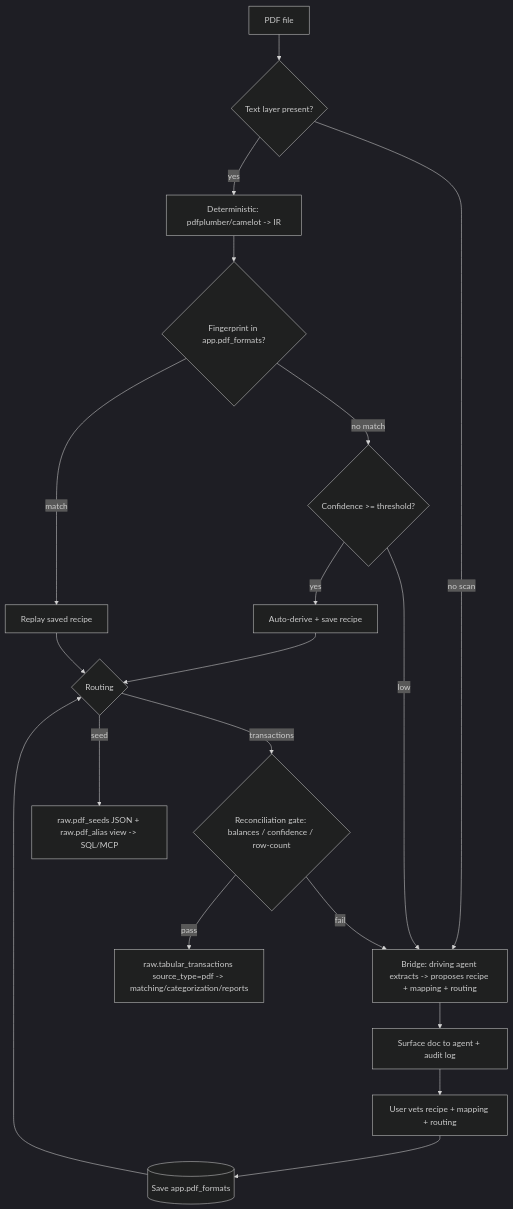
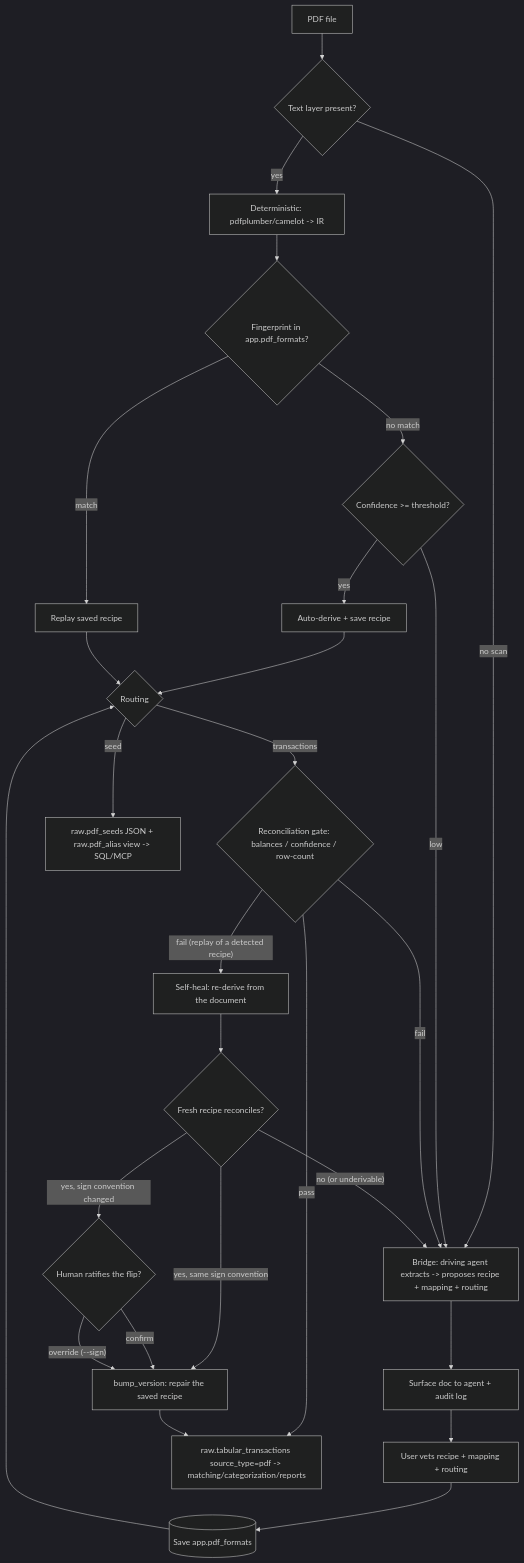
Before and after one commit to bsaffel/moneybin: the diagram in docs/specs/smart-import-pdf.md, drawn with Mermaid (dark theme). The commit also changed other lines of this file and 18 other files, not shown here.

First line of the commit message:
Repair a saved PDF recipe that stops reconciling, and let the CLI preview a PDF (#337)

````diff
--- a/docs/specs/smart-import-pdf.md
+++ b/docs/specs/smart-import-pdf.md
@@ -192,22 +193,29 @@
 ```mermaid
 flowchart TD
     A[PDF file] --> B{Text layer present?}
     B -- yes --> C[Deterministic: pdfplumber/camelot -> IR]
     B -- no scan --> BR
     C --> F{Fingerprint in app.pdf_formats?}
     F -- match --> R[Replay saved recipe]
     F -- no match --> S{Confidence >= threshold?}
     S -- yes --> DSAVE[Auto-derive + save recipe]
     DSAVE --> ROUTE
     S -- low --> BR[Bridge: driving agent extracts -> proposes recipe + mapping + routing]
     BR --> NOTICE[Surface doc to agent + audit log]
     NOTICE --> VET[User vets recipe + mapping + routing]
     VET --> SAVE[(Save app.pdf_formats)]
     SAVE --> ROUTE
     R --> ROUTE
     ROUTE{Routing}
     ROUTE -- transactions --> GUARD{Reconciliation gate: balances / confidence / row-count}
     GUARD -- pass --> T[raw.tabular_transactions source_type=pdf -> matching/categorization/reports]
+    GUARD -- "fail (replay of a detected recipe)" --> HEAL[Self-heal: re-derive from the document]
     GUARD -- fail --> BR
+    HEAL --> HGATE{Fresh recipe reconciles?}
+    HGATE -- "no (or underivable)" --> BR
+    HGATE -- "yes, same sign convention" --> BUMP[bump_version: repair the saved recipe] --> T
+    HGATE -- "yes, sign convention changed" --> HSIGN{Human ratifies the flip?}
+    HSIGN -- confirm --> BUMP
+    HSIGN -- "override (--sign)" --> BUMP
     ROUTE -- seed --> SEED[raw.pdf_seeds JSON + raw.pdf_alias view -> SQL/MCP]
 ```
````
